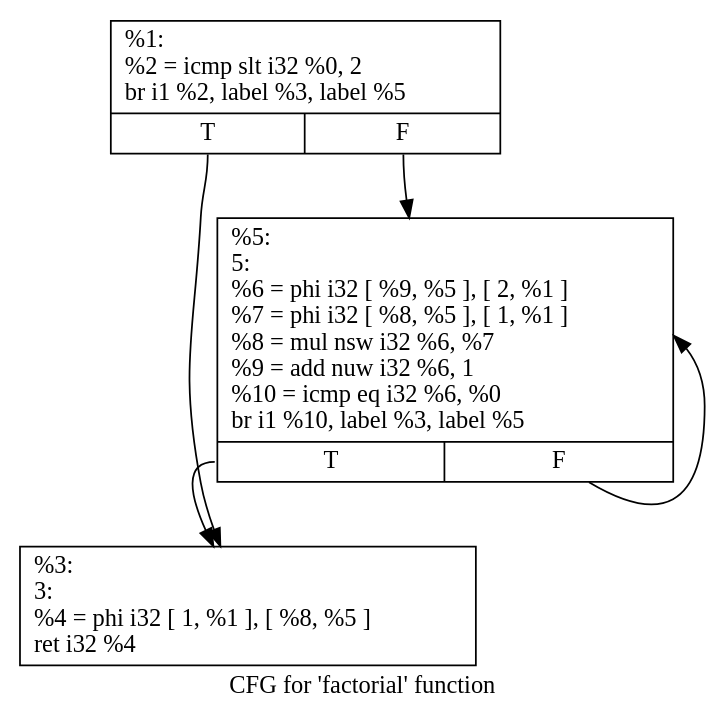
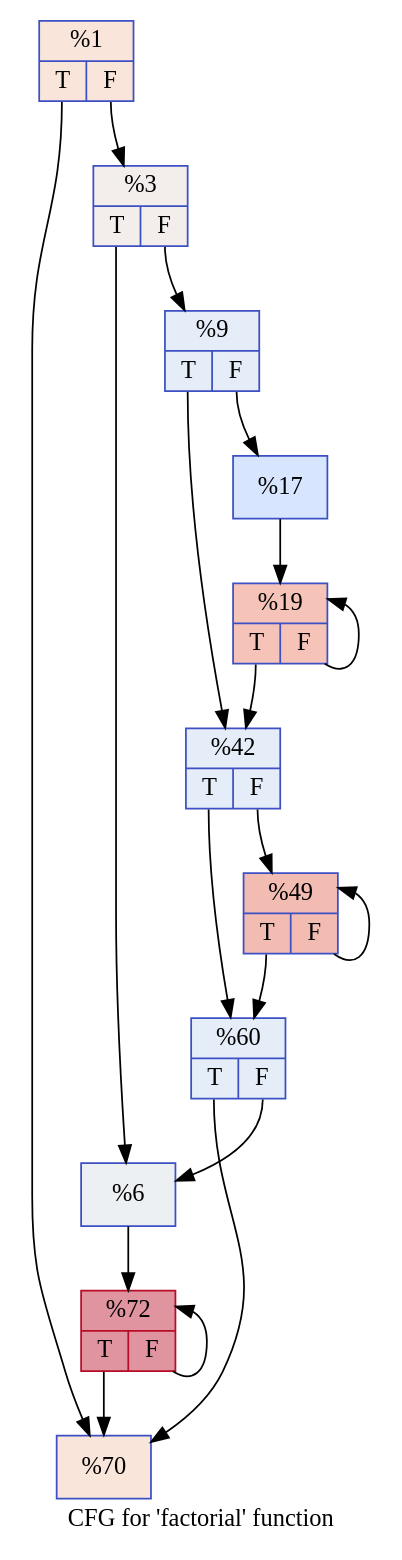
Before and after one commit to courses-at-nju-by-hfwei/learning-llvm: the diagram in 10-llvm/factorial/factorial2/.factorial.dot, drawn with Graphviz. The commit also changed 72 other files, not shown here.

```diff
--- a/10-llvm/factorial/factorial2/.factorial.dot
+++ b/10-llvm/factorial/factorial2/.factorial.dot
@@ -1,11 +1,33 @@
 digraph "CFG for 'factorial' function" {
 	label="CFG for 'factorial' function";
 
-	Node0x14f4eb0 [shape=record,label="{%1:\l  %2 = icmp slt i32 %0, 2\l  br i1 %2, label %3, label %5\l|{<s0>T|<s1>F}}"];
-	Node0x14f4eb0:s0 -> Node0x14f4fa0;
-	Node0x14f4eb0:s1 -> Node0x14f4ff0;
-	Node0x14f4fa0 [shape=record,label="{%3:\l3:                                                \l  %4 = phi i32 [ 1, %1 ], [ %8, %5 ]\l  ret i32 %4\l}"];
-	Node0x14f4ff0 [shape=record,label="{%5:\l5:                                                \l  %6 = phi i32 [ %9, %5 ], [ 2, %1 ]\l  %7 = phi i32 [ %8, %5 ], [ 1, %1 ]\l  %8 = mul nsw i32 %6, %7\l  %9 = add nuw i32 %6, 1\l  %10 = icmp eq i32 %6, %0\l  br i1 %10, label %3, label %5\l|{<s0>T|<s1>F}}"];
-	Node0x14f4ff0:s0 -> Node0x14f4fa0;
-	Node0x14f4ff0:s1 -> Node0x14f4ff0;
+	Node0x268b6e04f90 [shape=record,color="#3d50c3ff", style=filled, fillcolor="#f4c5ad70",label="{%1|{<s0>T|<s1>F}}"];
+	Node0x268b6e04f90:s0 -> Node0x268b6e05350;
+	Node0x268b6e04f90:s1 -> Node0x268b6e053f0;
+	Node0x268b6e053f0 [shape=record,color="#3d50c3ff", style=filled, fillcolor="#e3d9d370",label="{%3|{<s0>T|<s1>F}}"];
+	Node0x268b6e053f0:s0 -> Node0x268b6e05030;
+	Node0x268b6e053f0:s1 -> Node0x268b6e044a0;
+	Node0x268b6e05030 [shape=record,color="#3d50c3ff", style=filled, fillcolor="#d6dce470",label="{%6}"];
+	Node0x268b6e05030 -> Node0x268b6e05080;
+	Node0x268b6e044a0 [shape=record,color="#3d50c3ff", style=filled, fillcolor="#c5d6f270",label="{%9|{<s0>T|<s1>F}}"];
+	Node0x268b6e044a0:s0 -> Node0x268b6e04e50;
+	Node0x268b6e044a0:s1 -> Node0x268b6e04680;
+	Node0x268b6e04680 [shape=record,color="#3d50c3ff", style=filled, fillcolor="#a5c3fe70",label="{%17}"];
+	Node0x268b6e04680 -> Node0x268b6e04b80;
+	Node0x268b6e04b80 [shape=record,color="#3d50c3ff", style=filled, fillcolor="#e8765c70",label="{%19|{<s0>T|<s1>F}}"];
+	Node0x268b6e04b80:s0 -> Node0x268b6e04e50;
+	Node0x268b6e04b80:s1 -> Node0x268b6e04b80;
+	Node0x268b6e04e50 [shape=record,color="#3d50c3ff", style=filled, fillcolor="#c5d6f270",label="{%42|{<s0>T|<s1>F}}"];
+	Node0x268b6e04e50:s0 -> Node0x268b6e04cc0;
+	Node0x268b6e04e50:s1 -> Node0x268b6e05120;
+	Node0x268b6e05120 [shape=record,color="#3d50c3ff", style=filled, fillcolor="#e1675170",label="{%49|{<s0>T|<s1>F}}"];
+	Node0x268b6e05120:s0 -> Node0x268b6e04cc0;
+	Node0x268b6e05120:s1 -> Node0x268b6e05120;
+	Node0x268b6e04cc0 [shape=record,color="#3d50c3ff", style=filled, fillcolor="#c5d6f270",label="{%60|{<s0>T|<s1>F}}"];
+	Node0x268b6e04cc0:s0 -> Node0x268b6e05350;
+	Node0x268b6e04cc0:s1 -> Node0x268b6e05030;
+	Node0x268b6e05350 [shape=record,color="#3d50c3ff", style=filled, fillcolor="#f4c5ad70",label="{%70}"];
+	Node0x268b6e05080 [shape=record,color="#b70d28ff", style=filled, fillcolor="#b70d2870",label="{%72|{<s0>T|<s1>F}}"];
+	Node0x268b6e05080:s0 -> Node0x268b6e05350;
+	Node0x268b6e05080:s1 -> Node0x268b6e05080;
 }
```
